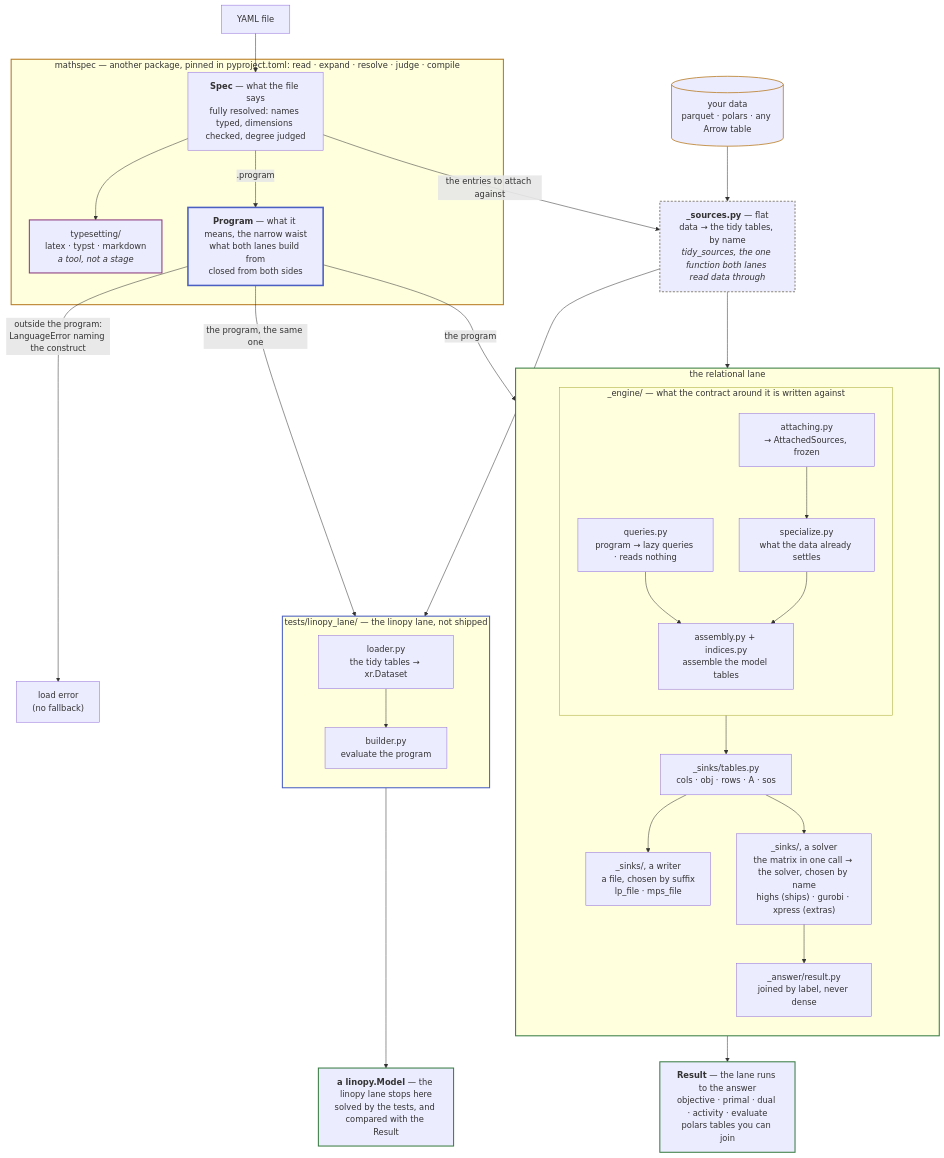
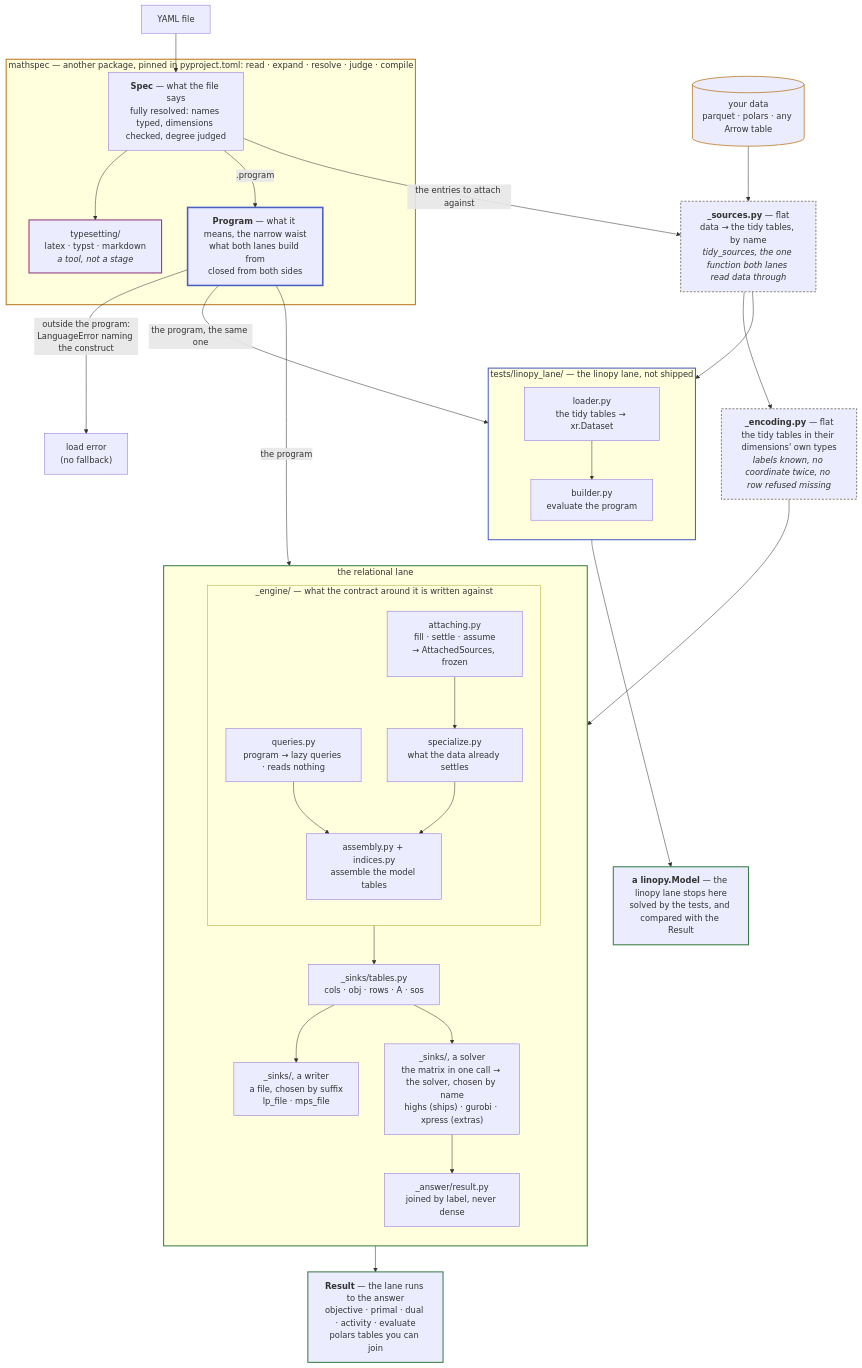
The diagram in docs/development/architecture.md (fluxopt/specsolve), drawn with Mermaid before and after one commit. The commit also changed other lines of this file and 28 other files, not shown here.

````diff
--- a/docs/development/architecture.md
+++ b/docs/development/architecture.md
@@ -19,60 +19,61 @@
 ```mermaid
 flowchart TB
     Y[YAML file] --> SPEC
     DATA[("your data<br/>parquet · polars · any Arrow table")] --> SRC
 
     subgraph MS["mathspec — another package, pinned in pyproject.toml: read · expand · resolve · judge · compile"]
         SPEC["<b>Spec</b> — what the file says<br/>fully resolved: names typed, dimensions checked, degree judged"]
         SPEC --> TS["typesetting/<br/>latex · typst · markdown<br/><i>a tool, not a stage</i>"]
         SPEC -->|".program"| PLAN["<b>Program</b> — what it means, the narrow waist<br/>what both lanes build from<br/>closed from both sides"]
     end
 
     SPEC -->|"the entries to attach against"| SRC
     SRC["<b>_sources.py</b> — flat<br/>data → the tidy tables, by name<br/><i>tidy_sources, the one function both lanes read data through</i>"]
+    SRC --> ENC["<b>_encoding.py</b> — flat<br/>the tidy tables in their dimensions' own types<br/><i>labels known, no coordinate twice, no row refused missing</i>"]
 
     PLAN -->|"outside the program:<br/>LanguageError naming the construct"| ERR["load error<br/>(no fallback)"]
     PLAN -->|"the program"| QUERIES
-    SRC --> ATTACH
+    ENC --> ATTACH
     PLAN -->|"the program, the same one"| BUILD
     SRC --> LOAD
 
     subgraph REL["the relational lane"]
         direction TB
         subgraph ENG["_engine/ — what the contract around it is written against"]
             direction TB
             QUERIES["queries.py<br/>program → lazy queries · reads nothing"] --> ENGINE
-            ATTACH["attaching.py<br/>→ AttachedSources, frozen"] --> SPECIALIZE["specialize.py<br/>what the data already settles"]
+            ATTACH["attaching.py<br/>fill · settle · assume<br/>→ AttachedSources, frozen"] --> SPECIALIZE["specialize.py<br/>what the data already settles"]
             SPECIALIZE --> ENGINE["assembly.py + indices.py<br/>assemble the model tables"]
         end
         ENG --> TABLES["_sinks/tables.py<br/>cols · obj · rows · A · sos"]
         TABLES --> LPS["_sinks/, a writer<br/>a file, chosen by suffix<br/>lp_file · mps_file"]
         TABLES --> DIRECT["_sinks/, a solver<br/>the matrix in one call → the solver, chosen by name<br/>highs (ships) · gurobi · xpress (extras)"]
         DIRECT --> SOL["_answer/result.py<br/>joined by label, never dense"]
     end
 
     SOL --> ANS["<b>Result</b> — the lane runs to the answer<br/>objective · primal · dual · activity · evaluate<br/>polars tables you can join"]
 
     subgraph LIN["tests/linopy_lane/ — the linopy lane, not shipped"]
         direction TB
         LOAD["loader.py<br/>the tidy tables → xr.Dataset"] --> BUILD["builder.py<br/>evaluate the program"]
     end
 
     BUILD --> MODEL["<b>a linopy.Model</b> — the linopy lane stops here<br/>solved by the tests, and compared with the Result"]
 
     classDef laneL stroke:#b7791f,stroke-width:2px
     classDef laneR stroke:#3a7d44,stroke-width:2px
     classDef laneE stroke:#4a5fc1,stroke-width:2px
     classDef laneT stroke:#8b3a7d,stroke-width:2px
     classDef waist stroke:#4a5fc1,stroke-width:3px
     classDef flat stroke:#8a8578,stroke-width:2px,stroke-dasharray:4 3
     classDef data stroke:#b7791f,stroke-width:1.5px
     classDef out stroke:#3a7d44,stroke-width:2px
     class MS laneL
     class REL laneR
     class LIN laneE
     class TS laneT
     class PLAN waist
-    class SRC flat
+    class SRC,ENC flat
     class DATA data
     class ANS,MODEL out
 ```
````
